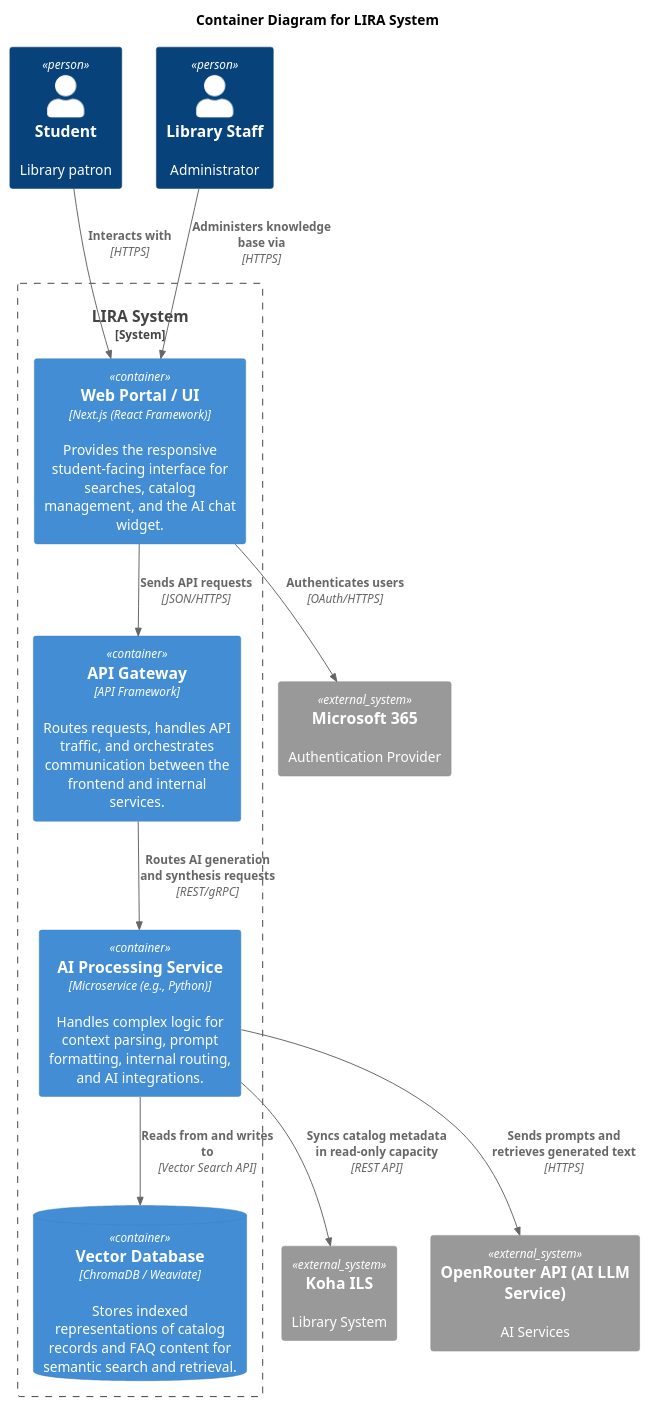
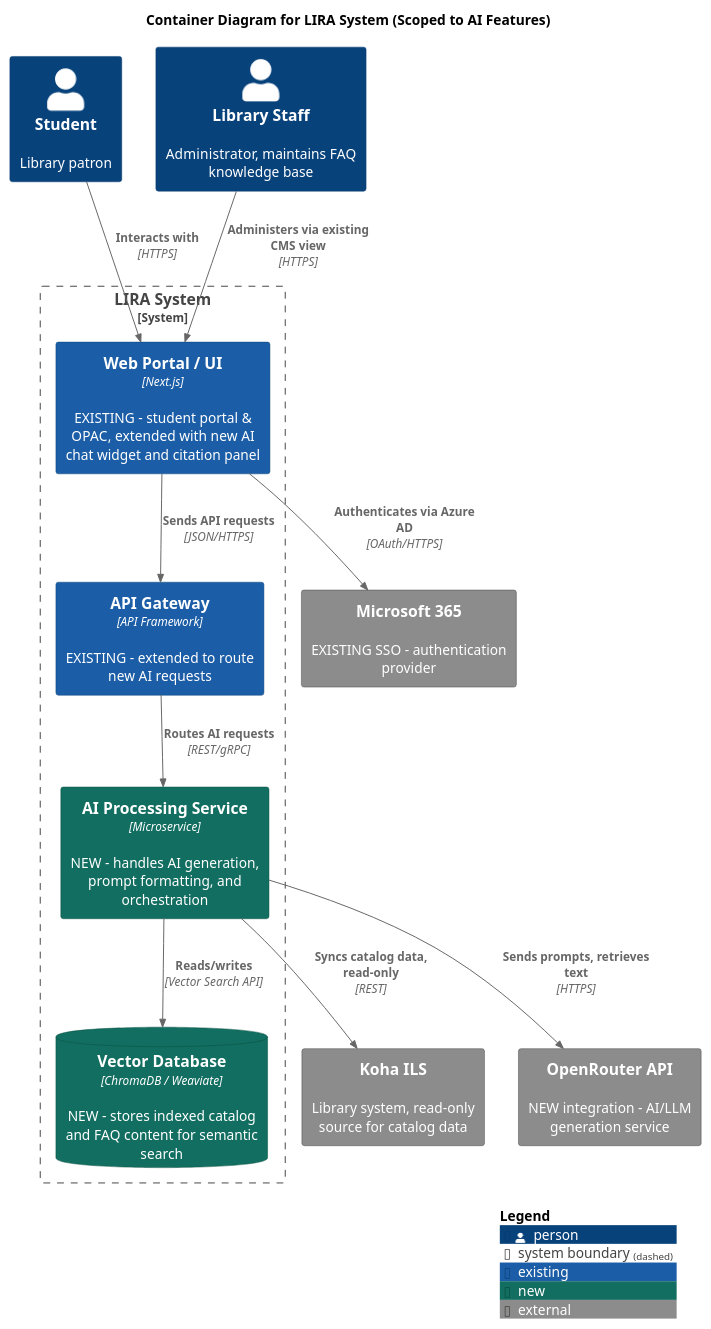
Before and after one commit to APC-SoCIT/APC-2026-2027-T1-IT241-Grp1-LIRA-Library-Intelligent-Research-Assistant: the diagram in docs/MSYADD1/diagrams/ContainerDiagram(Version4).puml, drawn with PlantUML.

Commit message:
Update ContainerDiagram(Version4).puml
fixed

```diff
--- a/docs/MSYADD1/diagrams/ContainerDiagram(Version4).puml
+++ b/docs/MSYADD1/diagrams/ContainerDiagram(Version4).puml
@@ -1,29 +1,38 @@
-@startuml LIRA_Container
+@startuml LIRA_Container_Diagram
 !include https://raw.githubusercontent.com/plantuml-stdlib/C4-PlantUML/master/C4_Container.puml
 
-title Container Diagram for LIRA System
+title Container Diagram for LIRA System (Scoped to AI Features)
+
+' Tags to distinguish existing infrastructure from new AI additions
+AddElementTag("existing", $bgColor="#1B5DA6", $fontColor="#FFFFFF", $borderColor="#0C447C")
+AddElementTag("new", $bgColor="#126E60", $fontColor="#FFFFFF", $borderColor="#085041")
+AddElementTag("external", $bgColor="#8C8C8C", $fontColor="#FFFFFF", $borderColor="#444441")
 
 Person(student, "Student", "Library patron")
-Person(librarian, "Library Staff", "Administrator")
-
-System_Ext(koha, "Koha ILS", "Library System")
-System_Ext(ai, "OpenRouter API (AI LLM Service)", "AI Services")
-System_Ext(m365, "Microsoft 365", "Authentication Provider")
+Person(staff, "Library Staff", "Administrator, maintains FAQ knowledge base")
 
 System_Boundary(lira, "LIRA System") {
-    Container(web, "Web Portal / UI", "Next.js (React Framework)", "Provides the responsive student-facing interface for searches, catalog management, and the AI chat widget.")
-    Container(api, "API Gateway", "API Framework", "Routes requests, handles API traffic, and orchestrates communication between the frontend and internal services.")
-    Container(ai_service, "AI Processing Service", "Microservice (e.g., Python)", "Handles complex logic for context parsing, prompt formatting, internal routing, and AI integrations.")
-    ContainerDb(db, "Vector Database", "ChromaDB / Weaviate", "Stores indexed representations of catalog records and FAQ content for semantic search and retrieval.")
+    Container(webportal, "Web Portal / UI", "Next.js", "EXISTING - student portal & OPAC, extended with new AI chat widget and citation panel", $tags="existing")
+    Container(apigw, "API Gateway", "API Framework", "EXISTING - extended to route new AI requests", $tags="existing")
+    Container(aiproc, "AI Processing Service", "Microservice", "NEW - handles AI generation, prompt formatting, and orchestration", $tags="new")
+    ContainerDb(vectordb, "Vector Database", "ChromaDB / Weaviate", "NEW - stores indexed catalog and FAQ content for semantic search", $tags="new")
 }
 
-Rel(student, web, "Interacts with", "HTTPS")
-Rel(librarian, web, "Administers knowledge base via", "HTTPS")
-Rel(web, m365, "Authenticates users", "OAuth/HTTPS")
-Rel(web, api, "Sends API requests", "JSON/HTTPS")
+System_Ext(koha, "Koha ILS", "Library system, read-only source for catalog data", $tags="external")
+System_Ext(openrouter, "OpenRouter API", "NEW integration - AI/LLM generation service", $tags="external")
+System_Ext(ms365, "Microsoft 365", "EXISTING SSO - authentication provider", $tags="external")
 
-Rel(api, ai_service, "Routes AI generation and synthesis requests", "REST/gRPC")
-Rel(ai_service, db, "Reads from and writes to", "Vector Search API")
-Rel(ai_service, ai, "Sends prompts and retrieves generated text", "HTTPS")
-Rel(ai_service, koha, "Syncs catalog metadata in read-only capacity", "REST API")
+Rel(student, webportal, "Interacts with", "HTTPS")
+Rel(staff, webportal, "Administers via existing CMS view", "HTTPS")
+
+Rel(webportal, apigw, "Sends API requests", "JSON/HTTPS")
+Rel(apigw, aiproc, "Routes AI requests", "REST/gRPC")
+Rel(aiproc, vectordb, "Reads/writes", "Vector Search API")
+
+Rel(aiproc, koha, "Syncs catalog data, read-only", "REST")
+Rel(aiproc, openrouter, "Sends prompts, retrieves text", "HTTPS")
+Rel(webportal, ms365, "Authenticates via Azure AD", "OAuth/HTTPS")
+
+SHOW_LEGEND()
+
 @enduml
```
